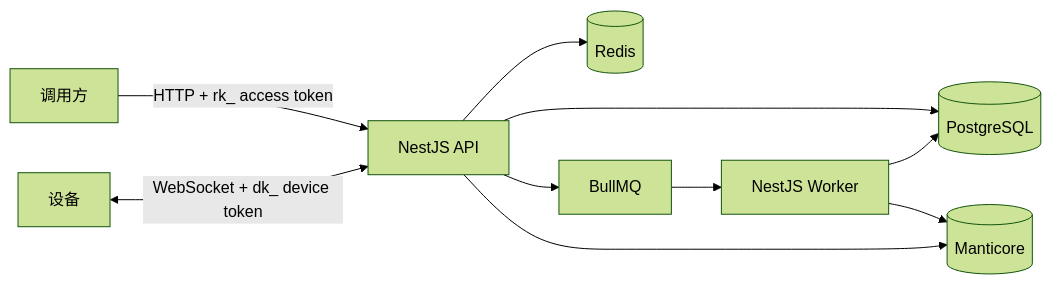
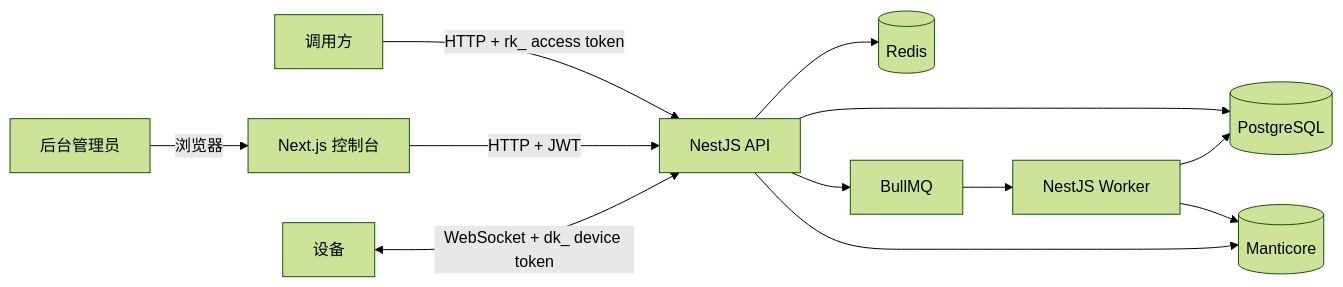
Before and after one commit to rezoch340/R2RPC: the diagram in docs/项目总览-中文.md, drawn with Mermaid (forest theme). The commit also changed other lines of this file and 109 other files, not shown here.

Commit message:
✨ 新增 FlowCore 风格管理前端与完整访问审计

````diff
--- a/docs/项目总览-中文.md
+++ b/docs/项目总览-中文.md
@@ -30,12 +33,14 @@
 ```mermaid
 flowchart LR
   Caller["调用方"] -->|"HTTP + rk_ access token"| API["NestJS API"]
+  Admin["后台管理员"] -->|"浏览器"| Frontend["Next.js 控制台"]
+  Frontend -->|"HTTP + JWT"| API
   Device["设备"] <-->|"WebSocket + dk_ device token"| API
   API --> PG[("PostgreSQL")]
   API --> Redis[("Redis")]
   API --> Queue["BullMQ"]
   Queue --> Worker["NestJS Worker"]
   Worker --> PG
   Worker --> Search[("Manticore")]
   API --> Search
 ```
````
